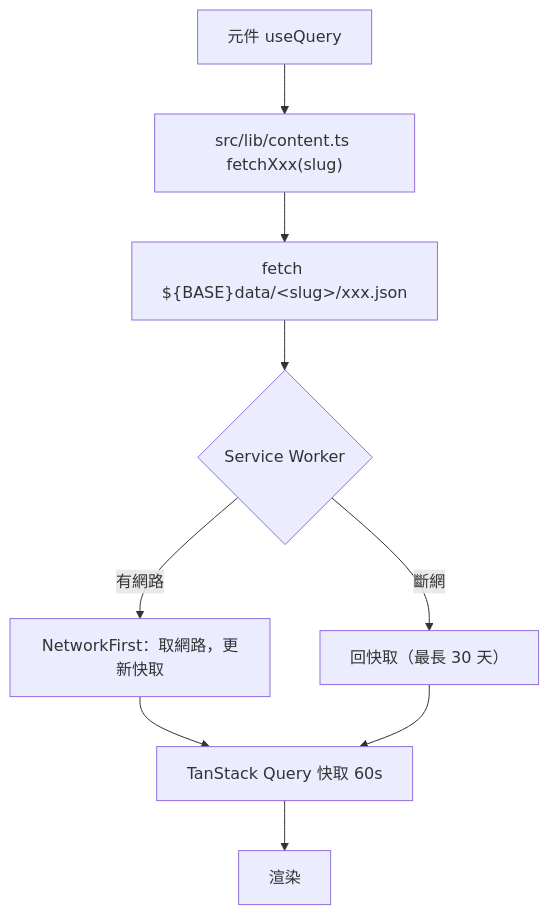
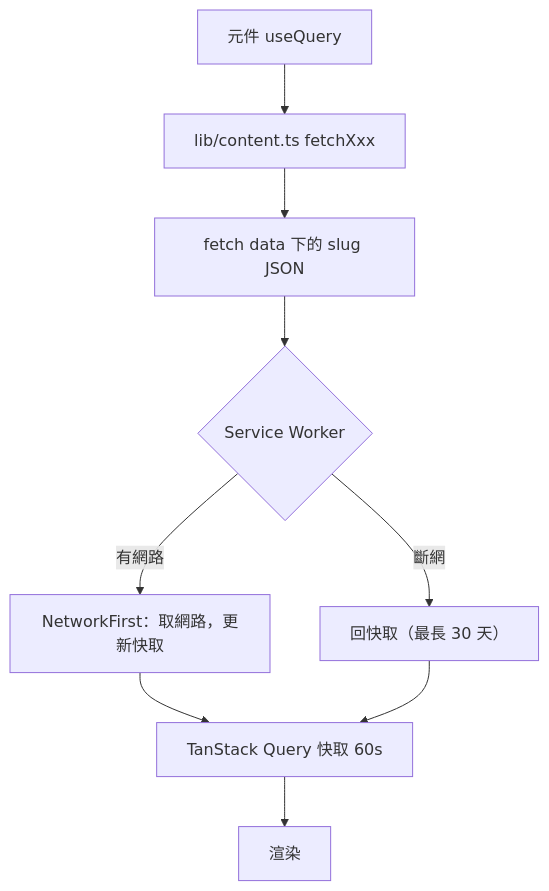
The second of 6 diagrams in README.md (ChuangAllen/travel-app), drawn with Mermaid before and after one commit. The commit also changed other lines of this file, not shown here.

Commit message:
Docs: 修正 README mermaid 圖語法（GitHub 無法渲染）

````diff
--- a/README.md
+++ b/README.md
@@ -76,11 +76,11 @@
 ```mermaid
 flowchart TD
-    A[元件 useQuery] --> B["src/lib/content.ts fetchXxx(slug)"]
-    B --> C["fetch ${BASE}data/&lt;slug&gt;/xxx.json"]
-    C --> D{Service Worker}
-    D -->|有網路| E[NetworkFirst：取網路，更新快取]
-    D -->|斷網| F[回快取（最長 30 天）]
-    E --> G[TanStack Query 快取 60s]
+    A["元件 useQuery"] --> B["lib/content.ts fetchXxx"]
+    B --> C["fetch data 下的 slug JSON"]
+    C --> D{"Service Worker"}
+    D -- "有網路" --> E["NetworkFirst：取網路，更新快取"]
+    D -- "斷網" --> F["回快取（最長 30 天）"]
+    E --> G["TanStack Query 快取 60s"]
     F --> G
-    G --> H[渲染]
+    G --> H["渲染"]
 ```
````
